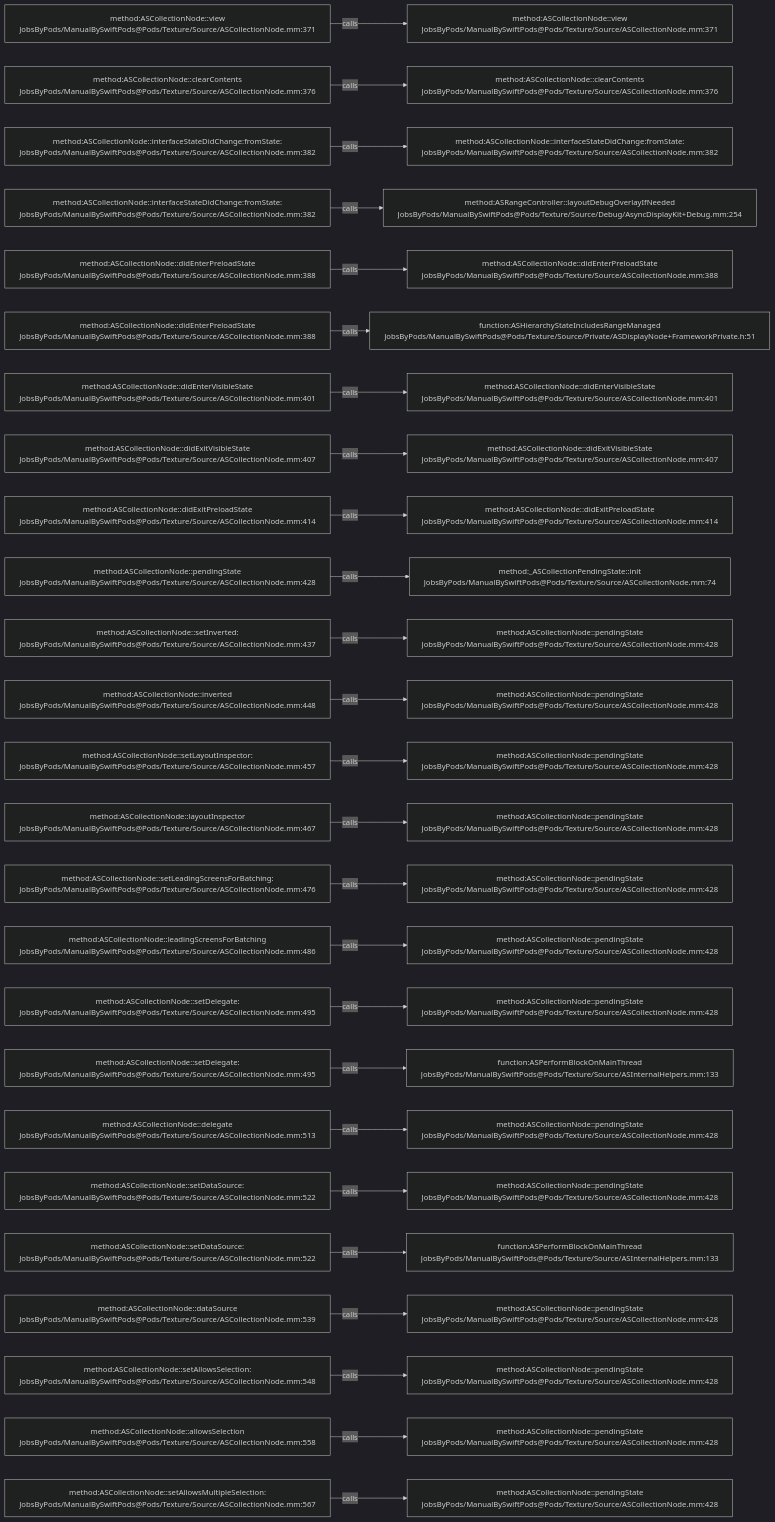
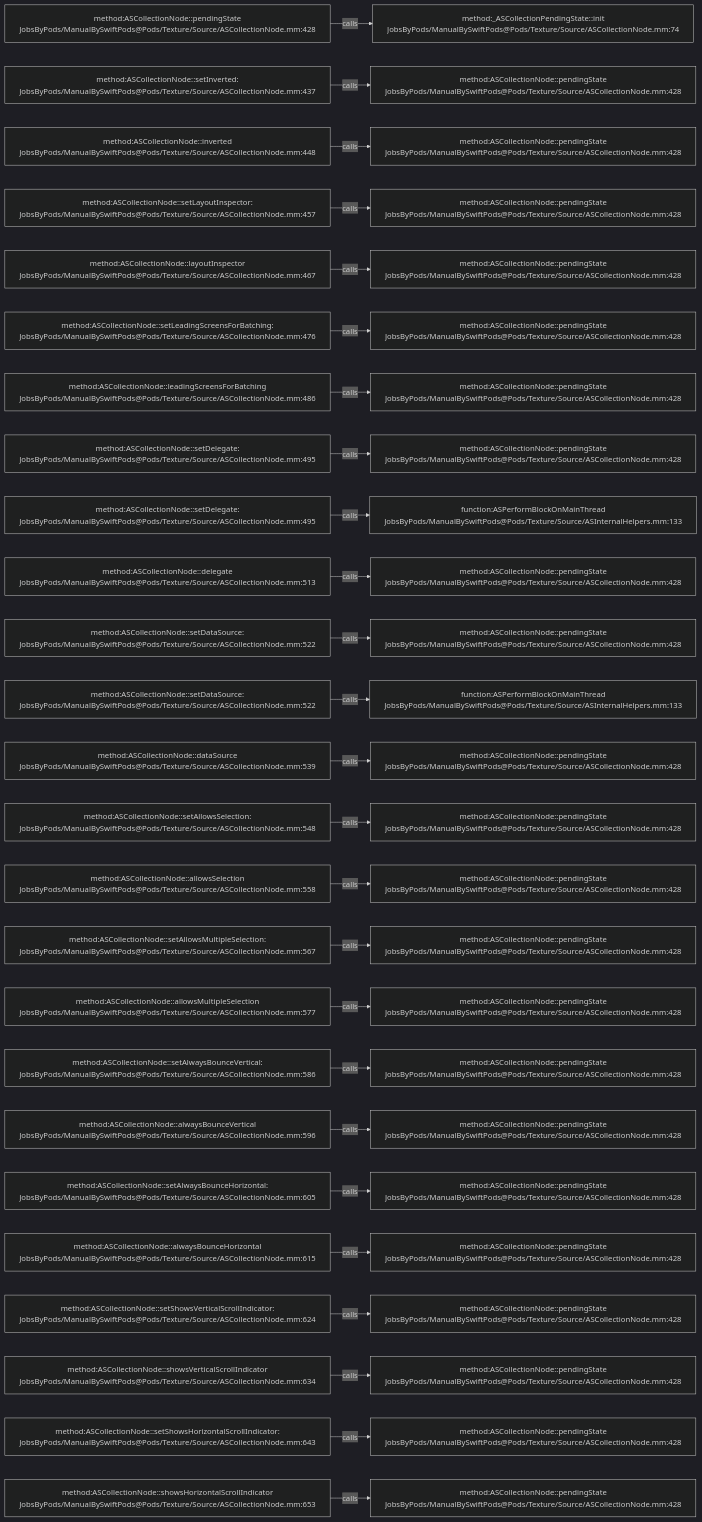
The diagram in .codegraph/codegraph.md/graphs/calls-008.md (JobsKits/JobsSwiftBaseConfigDemo), drawn with Mermaid (dark theme) before and after one commit. The commit also changed 707 other files, not shown here.

````diff
--- a/.codegraph/codegraph.md/graphs/calls-008.md
+++ b/.codegraph/codegraph.md/graphs/calls-008.md
@@ -13,78 +13,78 @@
 ```mermaid
 flowchart LR
-  S1["method:ASCollectionNode::view<br/>JobsByPods/ManualBySwiftPods@Pods/Texture/Source/ASCollectionNode.mm:371"]
-  T1["method:ASCollectionNode::view<br/>JobsByPods/ManualBySwiftPods@Pods/Texture/Source/ASCollectionNode.mm:371"]
+  S1["method:ASCollectionNode::pendingState<br/>JobsByPods/ManualBySwiftPods@Pods/Texture/Source/ASCollectionNode.mm:428"]
+  T1["method:_ASCollectionPendingState::init<br/>JobsByPods/ManualBySwiftPods@Pods/Texture/Source/ASCollectionNode.mm:74"]
   S1 -->|calls| T1
-  S2["method:ASCollectionNode::clearContents<br/>JobsByPods/ManualBySwiftPods@Pods/Texture/Source/ASCollectionNode.mm:376"]
-  T2["method:ASCollectionNode::clearContents<br/>JobsByPods/ManualBySwiftPods@Pods/Texture/Source/ASCollectionNode.mm:376"]
+  S2["method:ASCollectionNode::setInverted:<br/>JobsByPods/ManualBySwiftPods@Pods/Texture/Source/ASCollectionNode.mm:437"]
+  T2["method:ASCollectionNode::pendingState<br/>JobsByPods/ManualBySwiftPods@Pods/Texture/Source/ASCollectionNode.mm:428"]
   S2 -->|calls| T2
-  S3["method:ASCollectionNode::interfaceStateDidChange:fromState:<br/>JobsByPods/ManualBySwiftPods@Pods/Texture/Source/ASCollectionNode.mm:382"]
-  T3["method:ASCollectionNode::interfaceStateDidChange:fromState:<br/>JobsByPods/ManualBySwiftPods@Pods/Texture/Source/ASCollectionNode.mm:382"]
+  S3["method:ASCollectionNode::inverted<br/>JobsByPods/ManualBySwiftPods@Pods/Texture/Source/ASCollectionNode.mm:448"]
+  T3["method:ASCollectionNode::pendingState<br/>JobsByPods/ManualBySwiftPods@Pods/Texture/Source/ASCollectionNode.mm:428"]
   S3 -->|calls| T3
-  S4["method:ASCollectionNode::interfaceStateDidChange:fromState:<br/>JobsByPods/ManualBySwiftPods@Pods/Texture/Source/ASCollectionNode.mm:382"]
-  T4["method:ASRangeController::layoutDebugOverlayIfNeeded<br/>JobsByPods/ManualBySwiftPods@Pods/Texture/Source/Debug/AsyncDisplayKit+Debug.mm:254"]
+  S4["method:ASCollectionNode::setLayoutInspector:<br/>JobsByPods/ManualBySwiftPods@Pods/Texture/Source/ASCollectionNode.mm:457"]
+  T4["method:ASCollectionNode::pendingState<br/>JobsByPods/ManualBySwiftPods@Pods/Texture/Source/ASCollectionNode.mm:428"]
   S4 -->|calls| T4
-  S5["method:ASCollectionNode::didEnterPreloadState<br/>JobsByPods/ManualBySwiftPods@Pods/Texture/Source/ASCollectionNode.mm:388"]
-  T5["method:ASCollectionNode::didEnterPreloadState<br/>JobsByPods/ManualBySwiftPods@Pods/Texture/Source/ASCollectionNode.mm:388"]
+  S5["method:ASCollectionNode::layoutInspector<br/>JobsByPods/ManualBySwiftPods@Pods/Texture/Source/ASCollectionNode.mm:467"]
+  T5["method:ASCollectionNode::pendingState<br/>JobsByPods/ManualBySwiftPods@Pods/Texture/Source/ASCollectionNode.mm:428"]
   S5 -->|calls| T5
-  S6["method:ASCollectionNode::didEnterPreloadState<br/>JobsByPods/ManualBySwiftPods@Pods/Texture/Source/ASCollectionNode.mm:388"]
-  T6["function:ASHierarchyStateIncludesRangeManaged<br/>JobsByPods/ManualBySwiftPods@Pods/Texture/Source/Private/ASDisplayNode+FrameworkPrivate.h:51"]
+  S6["method:ASCollectionNode::setLeadingScreensForBatching:<br/>JobsByPods/ManualBySwiftPods@Pods/Texture/Source/ASCollectionNode.mm:476"]
+  T6["method:ASCollectionNode::pendingState<br/>JobsByPods/ManualBySwiftPods@Pods/Texture/Source/ASCollectionNode.mm:428"]
   S6 -->|calls| T6
-  S7["method:ASCollectionNode::didEnterVisibleState<br/>JobsByPods/ManualBySwiftPods@Pods/Texture/Source/ASCollectionNode.mm:401"]
-  T7["method:ASCollectionNode::didEnterVisibleState<br/>JobsByPods/ManualBySwiftPods@Pods/Texture/Source/ASCollectionNode.mm:401"]
+  S7["method:ASCollectionNode::leadingScreensForBatching<br/>JobsByPods/ManualBySwiftPods@Pods/Texture/Source/ASCollectionNode.mm:486"]
+  T7["method:ASCollectionNode::pendingState<br/>JobsByPods/ManualBySwiftPods@Pods/Texture/Source/ASCollectionNode.mm:428"]
   S7 -->|calls| T7
-  S8["method:ASCollectionNode::didExitVisibleState<br/>JobsByPods/ManualBySwiftPods@Pods/Texture/Source/ASCollectionNode.mm:407"]
-  T8["method:ASCollectionNode::didExitVisibleState<br/>JobsByPods/ManualBySwiftPods@Pods/Texture/Source/ASCollectionNode.mm:407"]
+  S8["method:ASCollectionNode::setDelegate:<br/>JobsByPods/ManualBySwiftPods@Pods/Texture/Source/ASCollectionNode.mm:495"]
+  T8["method:ASCollectionNode::pendingState<br/>JobsByPods/ManualBySwiftPods@Pods/Texture/Source/ASCollectionNode.mm:428"]
   S8 -->|calls| T8
-  S9["method:ASCollectionNode::didExitPreloadState<br/>JobsByPods/ManualBySwiftPods@Pods/Texture/Source/ASCollectionNode.mm:414"]
-  T9["method:ASCollectionNode::didExitPreloadState<br/>JobsByPods/ManualBySwiftPods@Pods/Texture/Source/ASCollectionNode.mm:414"]
+  S9["method:ASCollectionNode::setDelegate:<br/>JobsByPods/ManualBySwiftPods@Pods/Texture/Source/ASCollectionNode.mm:495"]
+  T9["function:ASPerformBlockOnMainThread<br/>JobsByPods/ManualBySwiftPods@Pods/Texture/Source/ASInternalHelpers.mm:133"]
   S9 -->|calls| T9
-  S10["method:ASCollectionNode::pendingState<br/>JobsByPods/ManualBySwiftPods@Pods/Texture/Source/ASCollectionNode.mm:428"]
-  T10["method:_ASCollectionPendingState::init<br/>JobsByPods/ManualBySwiftPods@Pods/Texture/Source/ASCollectionNode.mm:74"]
+  S10["method:ASCollectionNode::delegate<br/>JobsByPods/ManualBySwiftPods@Pods/Texture/Source/ASCollectionNode.mm:513"]
+  T10["method:ASCollectionNode::pendingState<br/>JobsByPods/ManualBySwiftPods@Pods/Texture/Source/ASCollectionNode.mm:428"]
   S10 -->|calls| T10
-  S11["method:ASCollectionNode::setInverted:<br/>JobsByPods/ManualBySwiftPods@Pods/Texture/Source/ASCollectionNode.mm:437"]
+  S11["method:ASCollectionNode::setDataSource:<br/>JobsByPods/ManualBySwiftPods@Pods/Texture/Source/ASCollectionNode.mm:522"]
   T11["method:ASCollectionNode::pendingState<br/>JobsByPods/ManualBySwiftPods@Pods/Texture/Source/ASCollectionNode.mm:428"]
   S11 -->|calls| T11
-  S12["method:ASCollectionNode::inverted<br/>JobsByPods/ManualBySwiftPods@Pods/Texture/Source/ASCollectionNode.mm:448"]
-  T12["method:ASCollectionNode::pendingState<br/>JobsByPods/ManualBySwiftPods@Pods/Texture/Source/ASCollectionNode.mm:428"]
+  S12["method:ASCollectionNode::setDataSource:<br/>JobsByPods/ManualBySwiftPods@Pods/Texture/Source/ASCollectionNode.mm:522"]
+  T12["function:ASPerformBlockOnMainThread<br/>JobsByPods/ManualBySwiftPods@Pods/Texture/Source/ASInternalHelpers.mm:133"]
   S12 -->|calls| T12
-  S13["method:ASCollectionNode::setLayoutInspector:<br/>JobsByPods/ManualBySwiftPods@Pods/Texture/Source/ASCollectionNode.mm:457"]
+  S13["method:ASCollectionNode::dataSource<br/>JobsByPods/ManualBySwiftPods@Pods/Texture/Source/ASCollectionNode.mm:539"]
   T13["method:ASCollectionNode::pendingState<br/>JobsByPods/ManualBySwiftPods@Pods/Texture/Source/ASCollectionNode.mm:428"]
   S13 -->|calls| T13
-  S14["method:ASCollectionNode::layoutInspector<br/>JobsByPods/ManualBySwiftPods@Pods/Texture/Source/ASCollectionNode.mm:467"]
+  S14["method:ASCollectionNode::setAllowsSelection:<br/>JobsByPods/ManualBySwiftPods@Pods/Texture/Source/ASCollectionNode.mm:548"]
   T14["method:ASCollectionNode::pendingState<br/>JobsByPods/ManualBySwiftPods@Pods/Texture/Source/ASCollectionNode.mm:428"]
   S14 -->|calls| T14
-  S15["method:ASCollectionNode::setLeadingScreensForBatching:<br/>JobsByPods/ManualBySwiftPods@Pods/Texture/Source/ASCollectionNode.mm:476"]
+  S15["method:ASCollectionNode::allowsSelection<br/>JobsByPods/ManualBySwiftPods@Pods/Texture/Source/ASCollectionNode.mm:558"]
   T15["method:ASCollectionNode::pendingState<br/>JobsByPods/ManualBySwiftPods@Pods/Texture/Source/ASCollectionNode.mm:428"]
   S15 -->|calls| T15
-  S16["method:ASCollectionNode::leadingScreensForBatching<br/>JobsByPods/ManualBySwiftPods@Pods/Texture/Source/ASCollectionNode.mm:486"]
+  S16["method:ASCollectionNode::setAllowsMultipleSelection:<br/>JobsByPods/ManualBySwiftPods@Pods/Texture/Source/ASCollectionNode.mm:567"]
   T16["method:ASCollectionNode::pendingState<br/>JobsByPods/ManualBySwiftPods@Pods/Texture/Source/ASCollectionNode.mm:428"]
   S16 -->|calls| T16
-  S17["method:ASCollectionNode::setDelegate:<br/>JobsByPods/ManualBySwiftPods@Pods/Texture/Source/ASCollectionNode.mm:495"]
+  S17["method:ASCollectionNode::allowsMultipleSelection<br/>JobsByPods/ManualBySwiftPods@Pods/Texture/Source/ASCollectionNode.mm:577"]
   T17["method:ASCollectionNode::pendingState<br/>JobsByPods/ManualBySwiftPods@Pods/Texture/Source/ASCollectionNode.mm:428"]
   S17 -->|calls| T17
-  S18["method:ASCollectionNode::setDelegate:<br/>JobsByPods/ManualBySwiftPods@Pods/Texture/Source/ASCollectionNode.mm:495"]
-  T18["function:ASPerformBlockOnMainThread<br/>JobsByPods/ManualBySwiftPods@Pods/Texture/Source/ASInternalHelpers.mm:133"]
+  S18["method:ASCollectionNode::setAlwaysBounceVertical:<br/>JobsByPods/ManualBySwiftPods@Pods/Texture/Source/ASCollectionNode.mm:586"]
+  T18["method:ASCollectionNode::pendingState<br/>JobsByPods/ManualBySwiftPods@Pods/Texture/Source/ASCollectionNode.mm:428"]
   S18 -->|calls| T18
-  S19["method:ASCollectionNode::delegate<br/>JobsByPods/ManualBySwiftPods@Pods/Texture/Source/ASCollectionNode.mm:513"]
+  S19["method:ASCollectionNode::alwaysBounceVertical<br/>JobsByPods/ManualBySwiftPods@Pods/Texture/Source/ASCollectionNode.mm:596"]
   T19["method:ASCollectionNode::pendingState<br/>JobsByPods/ManualBySwiftPods@Pods/Texture/Source/ASCollectionNode.mm:428"]
   S19 -->|calls| T19
-  S20["method:ASCollectionNode::setDataSource:<br/>JobsByPods/ManualBySwiftPods@Pods/Texture/Source/ASCollectionNode.mm:522"]
+  S20["method:ASCollectionNode::setAlwaysBounceHorizontal:<br/>JobsByPods/ManualBySwiftPods@Pods/Texture/Source/ASCollectionNode.mm:605"]
   T20["method:ASCollectionNode::pendingState<br/>JobsByPods/ManualBySwiftPods@Pods/Texture/Source/ASCollectionNode.mm:428"]
   S20 -->|calls| T20
-  S21["method:ASCollectionNode::setDataSource:<br/>JobsByPods/ManualBySwiftPods@Pods/Texture/Source/ASCollectionNode.mm:522"]
-  T21["function:ASPerformBlockOnMainThread<br/>JobsByPods/ManualBySwiftPods@Pods/Texture/Source/ASInternalHelpers.mm:133"]
+  S21["method:ASCollectionNode::alwaysBounceHorizontal<br/>JobsByPods/ManualBySwiftPods@Pods/Texture/Source/ASCollectionNode.mm:615"]
+  T21["method:ASCollectionNode::pendingState<br/>JobsByPods/ManualBySwiftPods@Pods/Texture/Source/ASCollectionNode.mm:428"]
   S21 -->|calls| T21
-  S22["method:ASCollectionNode::dataSource<br/>JobsByPods/ManualBySwiftPods@Pods/Texture/Source/ASCollectionNode.mm:539"]
+  S22["method:ASCollectionNode::setShowsVerticalScrollIndicator:<br/>JobsByPods/ManualBySwiftPods@Pods/Texture/Source/ASCollectionNode.mm:624"]
   T22["method:ASCollectionNode::pendingState<br/>JobsByPods/ManualBySwiftPods@Pods/Texture/Source/ASCollectionNode.mm:428"]
   S22 -->|calls| T22
-  S23["method:ASCollectionNode::setAllowsSelection:<br/>JobsByPods/ManualBySwiftPods@Pods/Texture/Source/ASCollectionNode.mm:548"]
+  S23["method:ASCollectionNode::showsVerticalScrollIndicator<br/>JobsByPods/ManualBySwiftPods@Pods/Texture/Source/ASCollectionNode.mm:634"]
   T23["method:ASCollectionNode::pendingState<br/>JobsByPods/ManualBySwiftPods@Pods/Texture/Source/ASCollectionNode.mm:428"]
   S23 -->|calls| T23
-  S24["method:ASCollectionNode::allowsSelection<br/>JobsByPods/ManualBySwiftPods@Pods/Texture/Source/ASCollectionNode.mm:558"]
+  S24["method:ASCollectionNode::setShowsHorizontalScrollIndicator:<br/>JobsByPods/ManualBySwiftPods@Pods/Texture/Source/ASCollectionNode.mm:643"]
   T24["method:ASCollectionNode::pendingState<br/>JobsByPods/ManualBySwiftPods@Pods/Texture/Source/ASCollectionNode.mm:428"]
   S24 -->|calls| T24
-  S25["method:ASCollectionNode::setAllowsMultipleSelection:<br/>JobsByPods/ManualBySwiftPods@Pods/Texture/Source/ASCollectionNode.mm:567"]
+  S25["method:ASCollectionNode::showsHorizontalScrollIndicator<br/>JobsByPods/ManualBySwiftPods@Pods/Texture/Source/ASCollectionNode.mm:653"]
   T25["method:ASCollectionNode::pendingState<br/>JobsByPods/ManualBySwiftPods@Pods/Texture/Source/ASCollectionNode.mm:428"]
   S25 -->|calls| T25
 ```
````
